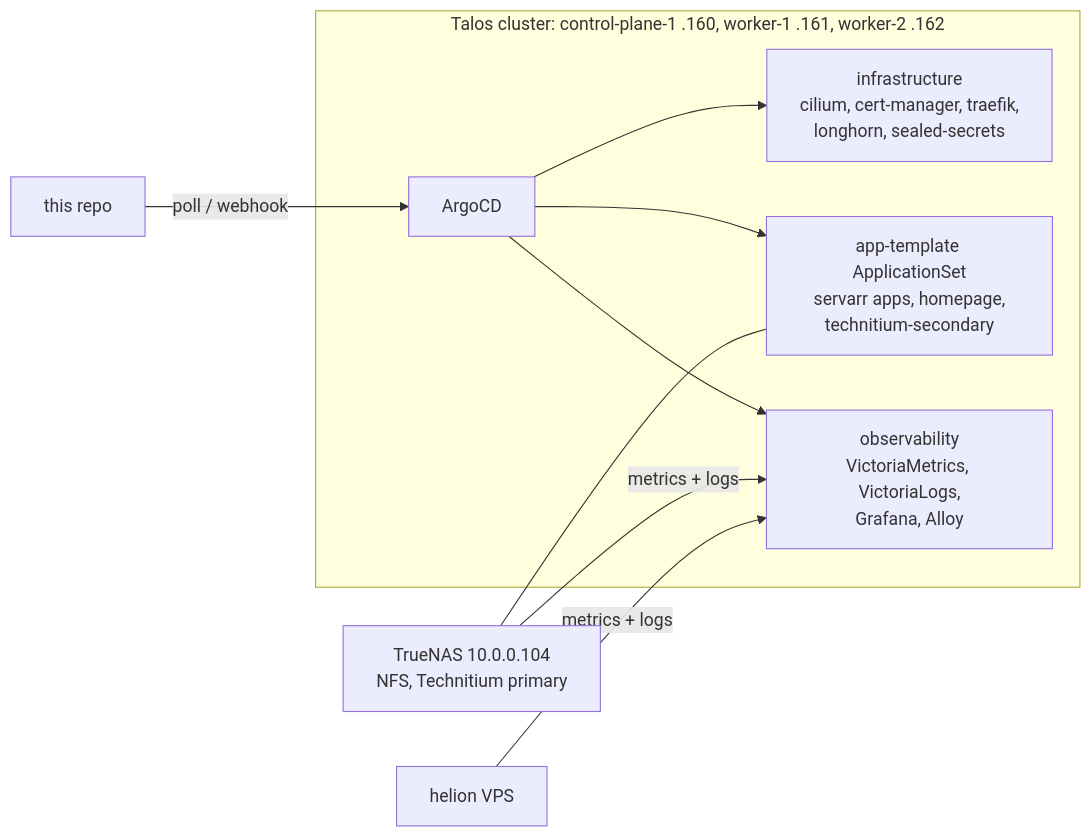
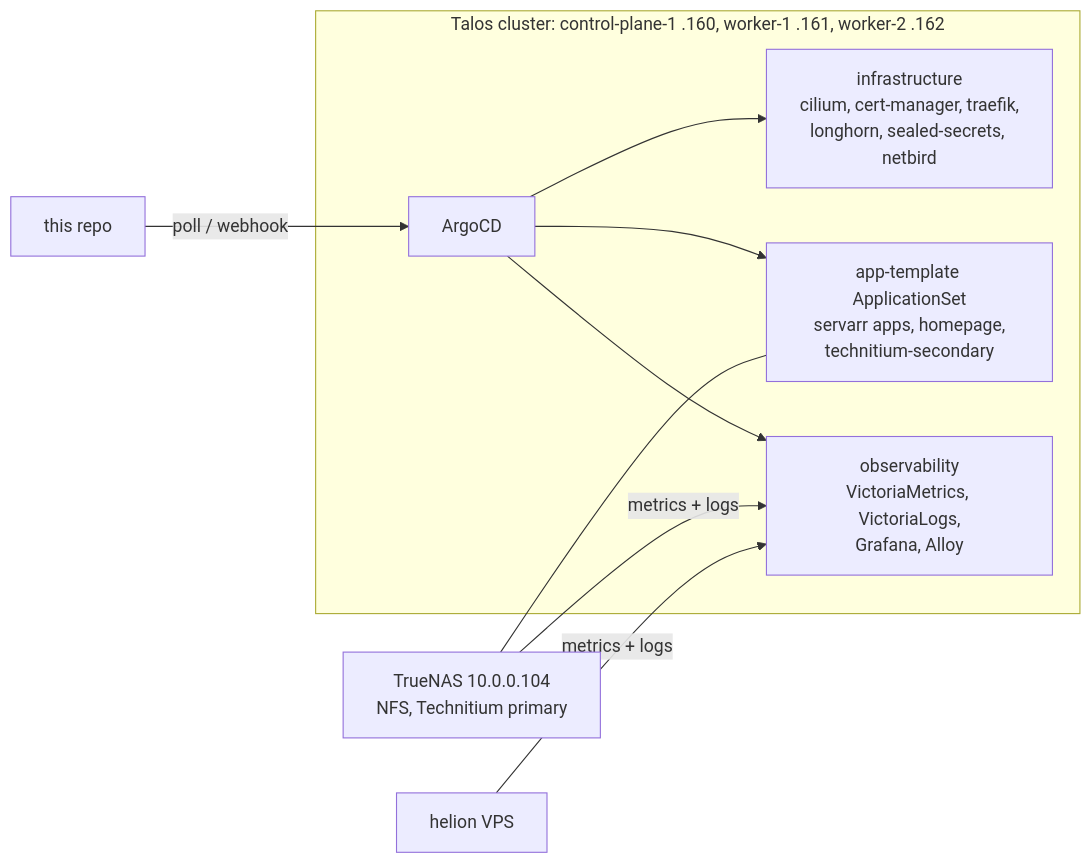
The diagram in README.md (obleey/talos-homelab), drawn with Mermaid before and after one commit. The commit also changed other lines of this file and 2 other files, not shown here.

Commit message:
repo: gitignore local junk, document netbird, drop no-op Renovate digest rules

````diff
--- a/README.md
+++ b/README.md
@@ -5,11 +5,11 @@
 ```mermaid
 graph LR
     Git[this repo] -->|poll / webhook| ArgoCD
     subgraph cluster [Talos cluster: control-plane-1 .160, worker-1 .161, worker-2 .162]
-        ArgoCD --> Infra[infrastructure<br/>cilium, cert-manager, traefik,<br/>longhorn, sealed-secrets]
+        ArgoCD --> Infra[infrastructure<br/>cilium, cert-manager, traefik,<br/>longhorn, sealed-secrets, netbird]
         ArgoCD --> Apps[app-template ApplicationSet<br/>servarr apps, homepage,<br/>technitium-secondary]
         ArgoCD --> Obs[observability<br/>VictoriaMetrics, VictoriaLogs,<br/>Grafana, Alloy]
     end
     TrueNAS[TrueNAS 10.0.0.104<br/>NFS, Technitium primary] --- Apps
     TrueNAS & Helion[helion VPS] -->|metrics + logs| Obs
 ```
````
